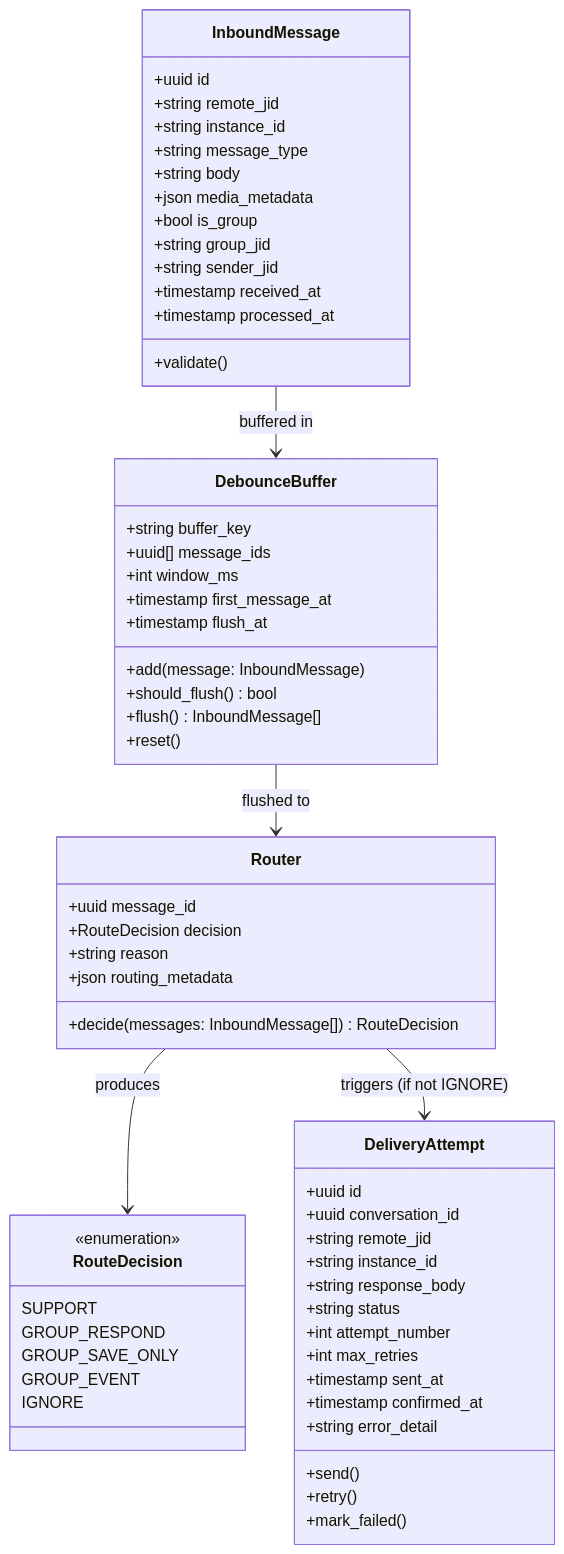
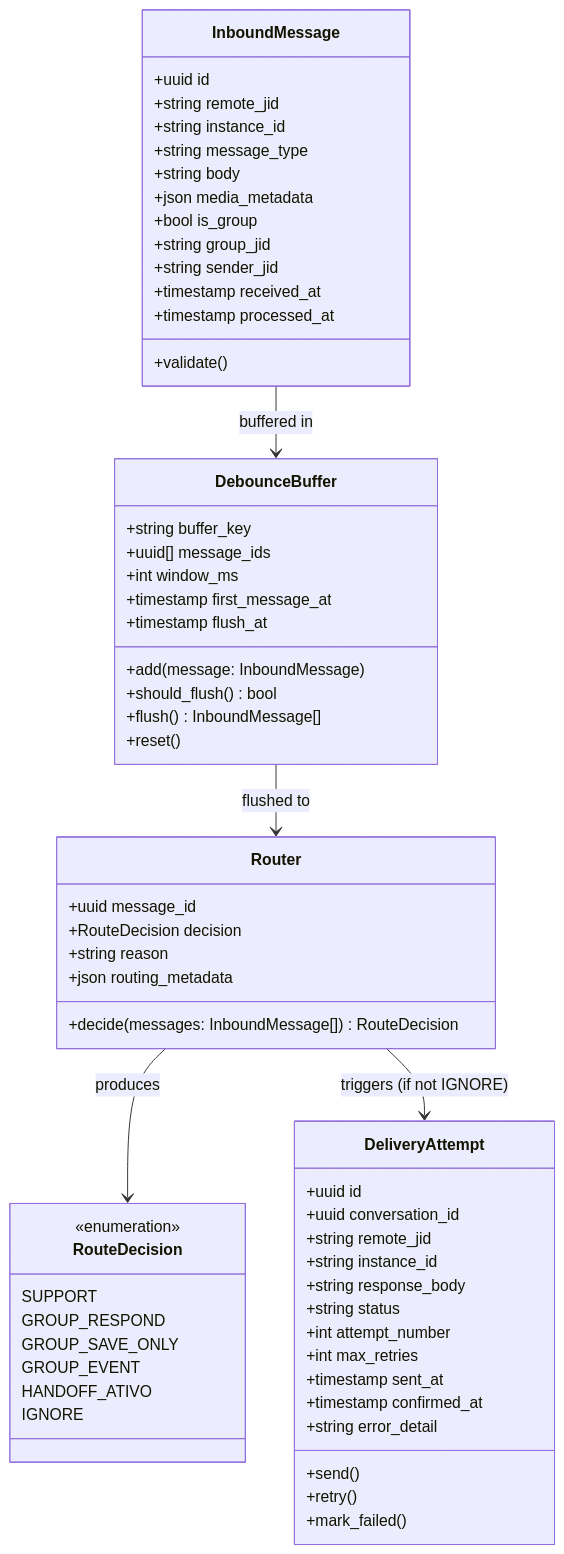
The first of 6 diagrams in platforms/fulano/engineering/domain-model.md (paceautomations/madruga.ai), drawn with Mermaid before and after one commit. The commit also changed other lines of this file and 7 other files, not shown here.

First line of the commit message:
fix: align fulano engineering docs — pipeline flow, enums, LLM provider

````diff
--- a/platforms/fulano/engineering/domain-model.md
+++ b/platforms/fulano/engineering/domain-model.md
@@ -37,68 +37,69 @@
 ```mermaid
 classDiagram
     class InboundMessage {
         +uuid id
         +string remote_jid
         +string instance_id
         +string message_type
         +string body
         +json media_metadata
         +bool is_group
         +string group_jid
         +string sender_jid
         +timestamp received_at
         +timestamp processed_at
         +validate()
     }
 
     class DebounceBuffer {
         +string buffer_key
         +uuid[] message_ids
         +int window_ms
         +timestamp first_message_at
         +timestamp flush_at
         +add(message: InboundMessage)
         +should_flush() bool
         +flush() InboundMessage[]
         +reset()
     }
 
     class RouteDecision {
         <<enumeration>>
         SUPPORT
         GROUP_RESPOND
         GROUP_SAVE_ONLY
         GROUP_EVENT
+        HANDOFF_ATIVO
         IGNORE
     }
 
     class Router {
         +uuid message_id
         +RouteDecision decision
         +string reason
         +json routing_metadata
         +decide(messages: InboundMessage[]) RouteDecision
     }
 
     class DeliveryAttempt {
         +uuid id
         +uuid conversation_id
         +string remote_jid
         +string instance_id
         +string response_body
         +string status
         +int attempt_number
         +int max_retries
         +timestamp sent_at
         +timestamp confirmed_at
         +string error_detail
         +send()
         +retry()
         +mark_failed()
     }
 
     InboundMessage --> DebounceBuffer : buffered in
     DebounceBuffer --> Router : flushed to
     Router --> RouteDecision : produces
     Router --> DeliveryAttempt : triggers (if not IGNORE)
 ```
````
